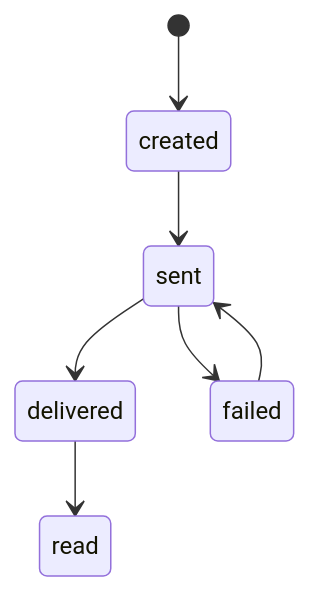
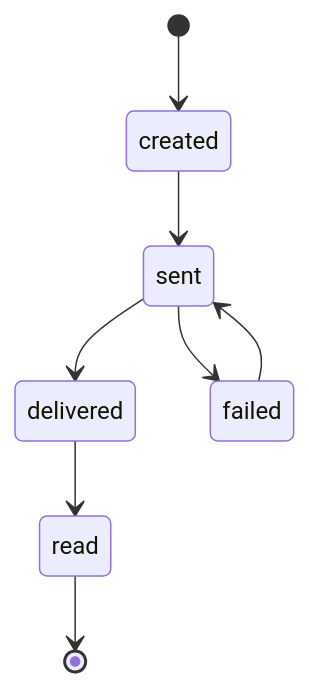
The ninth of 12 diagrams in migrationos/04_data-model/status-models.md (alexeorg97-byte/system-analyst-portfolio), drawn with Mermaid before and after one commit. The commit also changed other lines of this file, not shown here.

````diff
--- a/migrationos/04_data-model/status-models.md
+++ b/migrationos/04_data-model/status-models.md
@@ -488,9 +504,10 @@
 ```mermaid
 stateDiagram-v2
     [*] --> created
     created --> sent
     sent --> delivered
     sent --> failed
     failed --> sent
     delivered --> read
+    read --> [*]
 ```
````
